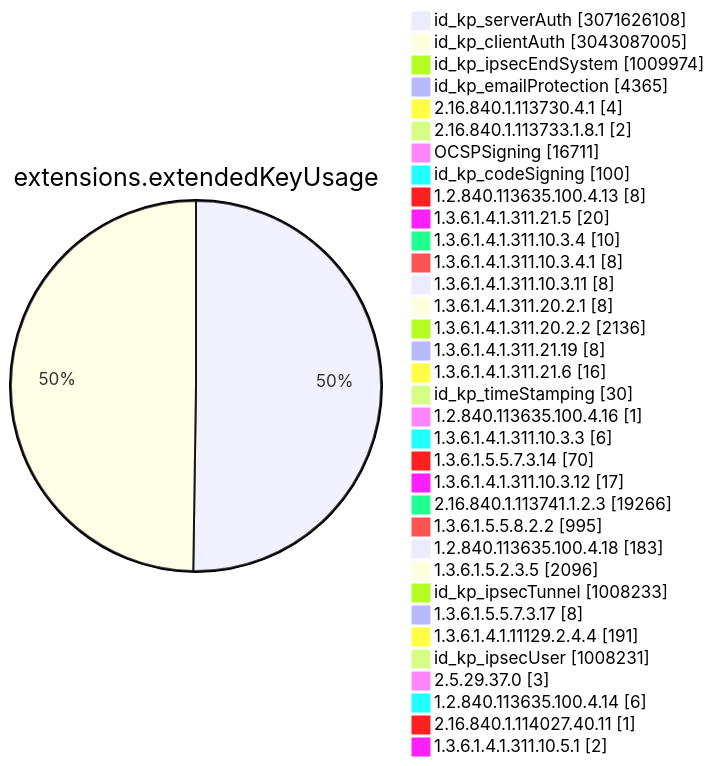
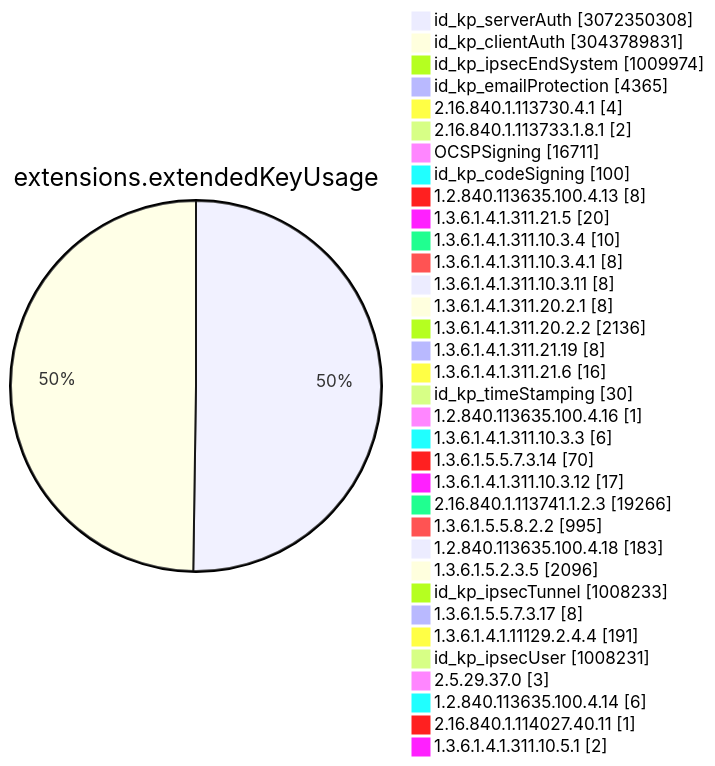
Diagram 11 of 15 in TOTAL/README.md (christiankrug/ctmonitor_visualization), drawn with Mermaid before and after one commit. The commit also changed other lines of this file, not shown here.

````diff
--- a/TOTAL/README.md
+++ b/TOTAL/README.md
@@ -4117,38 +4117,38 @@
 ```mermaid
 pie showData
 title extensions.extendedKeyUsage
-"id_kp_serverAuth" :3071626108
-"id_kp_clientAuth" :3043087005
+"id_kp_serverAuth" :3072350308
+"id_kp_clientAuth" :3043789831
 "id_kp_ipsecEndSystem" :1009974
 "id_kp_emailProtection" :4365
 "2.16.840.1.113730.4.1" :4
 "2.16.840.1.113733.1.8.1" :2
 "OCSPSigning" :16711
 "id_kp_codeSigning" :100
 "1.2.840.113635.100.4.13" :8
 "1.3.6.1.4.1.311.21.5" :20
 "1.3.6.1.4.1.311.10.3.4" :10
 "1.3.6.1.4.1.311.10.3.4.1" :8
 "1.3.6.1.4.1.311.10.3.11" :8
 "1.3.6.1.4.1.311.20.2.1" :8
 "1.3.6.1.4.1.311.20.2.2" :2136
 "1.3.6.1.4.1.311.21.19" :8
 "1.3.6.1.4.1.311.21.6" :16
 "id_kp_timeStamping" :30
 "1.2.840.113635.100.4.16" :1
 "1.3.6.1.4.1.311.10.3.3" :6
 "1.3.6.1.5.5.7.3.14" :70
 "1.3.6.1.4.1.311.10.3.12" :17
 "2.16.840.1.113741.1.2.3" :19266
 "1.3.6.1.5.5.8.2.2" :995
 "1.2.840.113635.100.4.18" :183
 "1.3.6.1.5.2.3.5" :2096
 "id_kp_ipsecTunnel" :1008233
 "1.3.6.1.5.5.7.3.17" :8
 "1.3.6.1.4.1.11129.2.4.4" :191
 "id_kp_ipsecUser" :1008231
 "2.5.29.37.0" :3
 "1.2.840.113635.100.4.14" :6
 "2.16.840.1.114027.40.11" :1
 "1.3.6.1.4.1.311.10.5.1" :2
 ```
````
